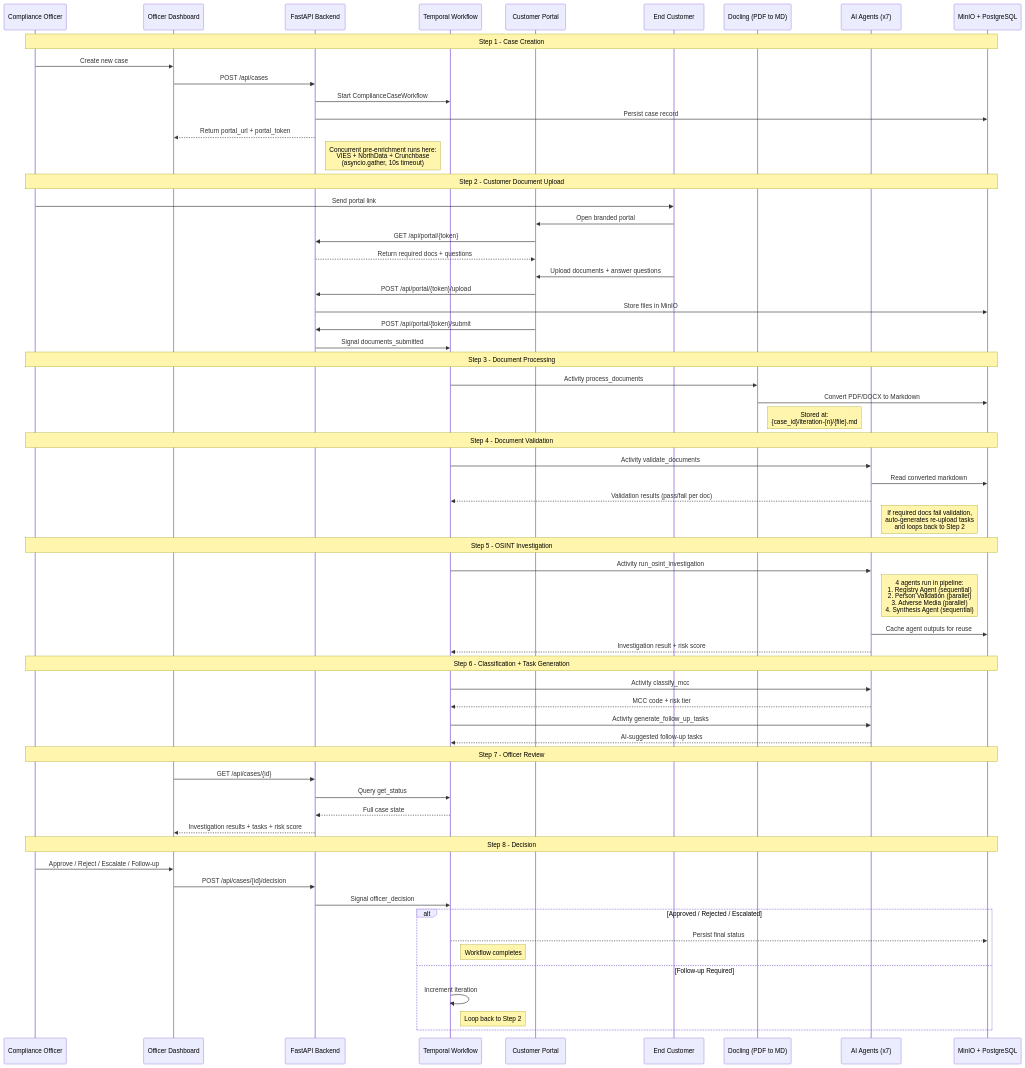
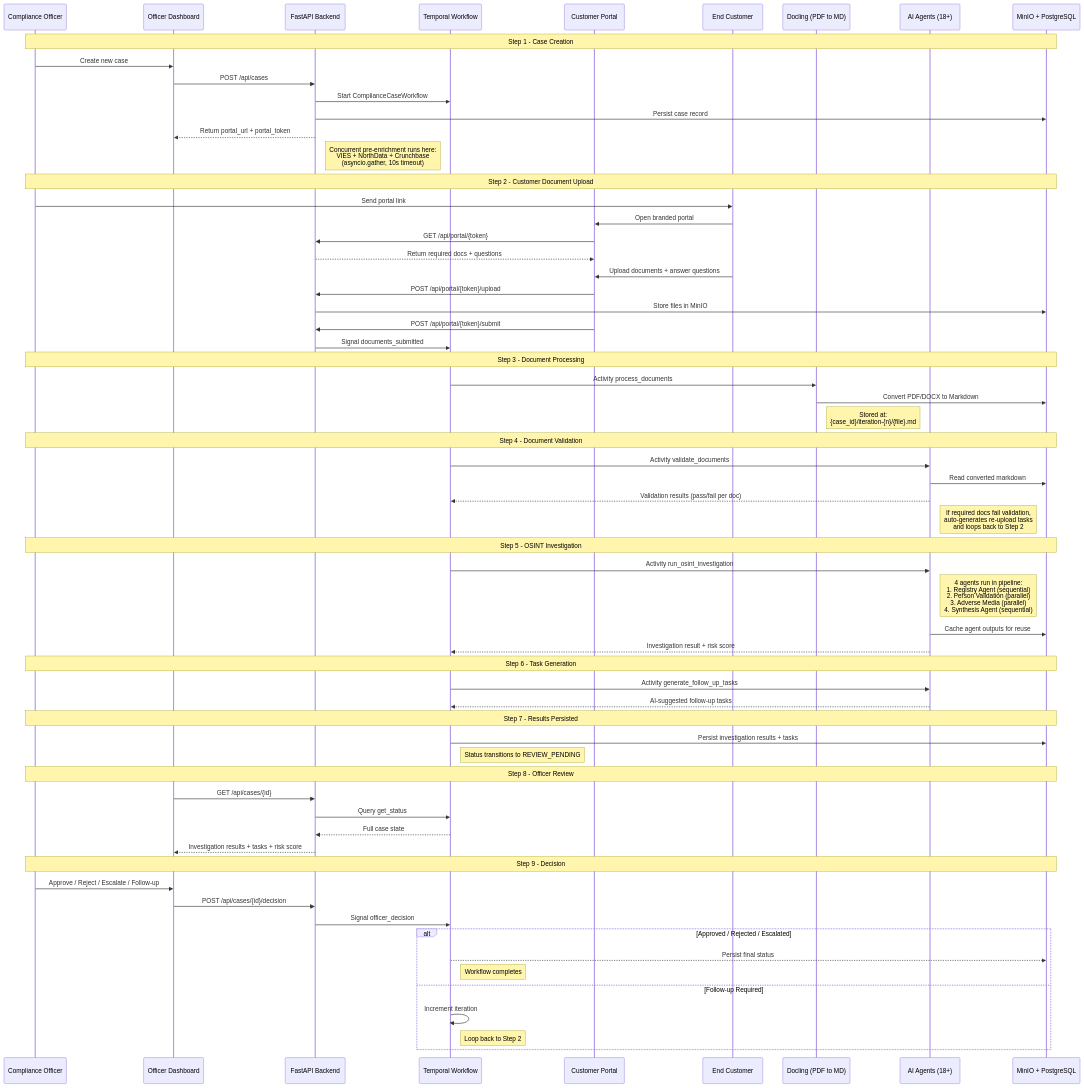
The diagram in docs/architecture/data-flow.md (Tsunami-max/trust-relay-docs), drawn with Mermaid before and after one commit. The commit also changed other lines of this file and 46 other files, not shown here.

First line of the commit message:
docs: complete documentation overhaul — trust lifecycle vision, pillar architecture, regulatory compliance

````diff
--- a/docs/architecture/data-flow.md
+++ b/docs/architecture/data-flow.md
@@ -12,73 +12,75 @@
 ```mermaid
 sequenceDiagram
     participant Officer as Compliance Officer
     participant Dashboard as Officer Dashboard
     participant API as FastAPI Backend
     participant Temporal as Temporal Workflow
     participant Portal as Customer Portal
     participant Customer as End Customer
     participant Docling as Docling (PDF to MD)
-    participant Agents as AI Agents (x7)
+    participant Agents as AI Agents (18+)
     participant Storage as MinIO + PostgreSQL
 
     Note over Officer,Storage: Step 1 - Case Creation
     Officer->>Dashboard: Create new case
     Dashboard->>API: POST /api/cases
     API->>Temporal: Start ComplianceCaseWorkflow
     API->>Storage: Persist case record
     API-->>Dashboard: Return portal_url + portal_token
     Note right of API: Concurrent pre-enrichment runs here:<br/>VIES + NorthData + Crunchbase<br/>(asyncio.gather, 10s timeout)
 
     Note over Officer,Storage: Step 2 - Customer Document Upload
     Officer->>Customer: Send portal link
     Customer->>Portal: Open branded portal
     Portal->>API: GET /api/portal/{token}
     API-->>Portal: Return required docs + questions
     Customer->>Portal: Upload documents + answer questions
     Portal->>API: POST /api/portal/{token}/upload
     API->>Storage: Store files in MinIO
     Portal->>API: POST /api/portal/{token}/submit
     API->>Temporal: Signal documents_submitted
 
     Note over Officer,Storage: Step 3 - Document Processing
     Temporal->>Docling: Activity process_documents
     Docling->>Storage: Convert PDF/DOCX to Markdown
     Note right of Docling: Stored at:<br/>{case_id}/iteration-{n}/{file}.md
 
     Note over Officer,Storage: Step 4 - Document Validation
     Temporal->>Agents: Activity validate_documents
     Agents->>Storage: Read converted markdown
     Agents-->>Temporal: Validation results (pass/fail per doc)
     Note right of Agents: If required docs fail validation,<br/>auto-generates re-upload tasks<br/>and loops back to Step 2
 
     Note over Officer,Storage: Step 5 - OSINT Investigation
     Temporal->>Agents: Activity run_osint_investigation
     Note right of Agents: 4 agents run in pipeline:<br/>1. Registry Agent (sequential)<br/>2. Person Validation (parallel)<br/>3. Adverse Media (parallel)<br/>4. Synthesis Agent (sequential)
     Agents->>Storage: Cache agent outputs for reuse
     Agents-->>Temporal: Investigation result + risk score
 
-    Note over Officer,Storage: Step 6 - Classification + Task Generation
-    Temporal->>Agents: Activity classify_mcc
-    Agents-->>Temporal: MCC code + risk tier
+    Note over Officer,Storage: Step 6 - Task Generation
     Temporal->>Agents: Activity generate_follow_up_tasks
     Agents-->>Temporal: AI-suggested follow-up tasks
 
-    Note over Officer,Storage: Step 7 - Officer Review
+    Note over Officer,Storage: Step 7 - Results Persisted
+    Temporal->>Storage: Persist investigation results + tasks
+    Note right of Temporal: Status transitions to REVIEW_PENDING
+
+    Note over Officer,Storage: Step 8 - Officer Review
     Dashboard->>API: GET /api/cases/{id}
     API->>Temporal: Query get_status
     Temporal-->>API: Full case state
     API-->>Dashboard: Investigation results + tasks + risk score
 
-    Note over Officer,Storage: Step 8 - Decision
+    Note over Officer,Storage: Step 9 - Decision
     Officer->>Dashboard: Approve / Reject / Escalate / Follow-up
     Dashboard->>API: POST /api/cases/{id}/decision
     API->>Temporal: Signal officer_decision
 
     alt Approved / Rejected / Escalated
         Temporal-->>Storage: Persist final status
         Note right of Temporal: Workflow completes
     else Follow-up Required
         Temporal->>Temporal: Increment iteration
         Note right of Temporal: Loop back to Step 2
     end
 ```
````
